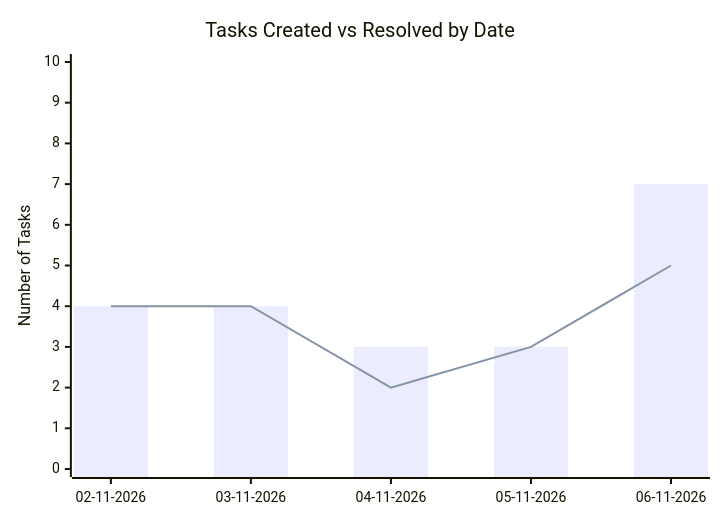
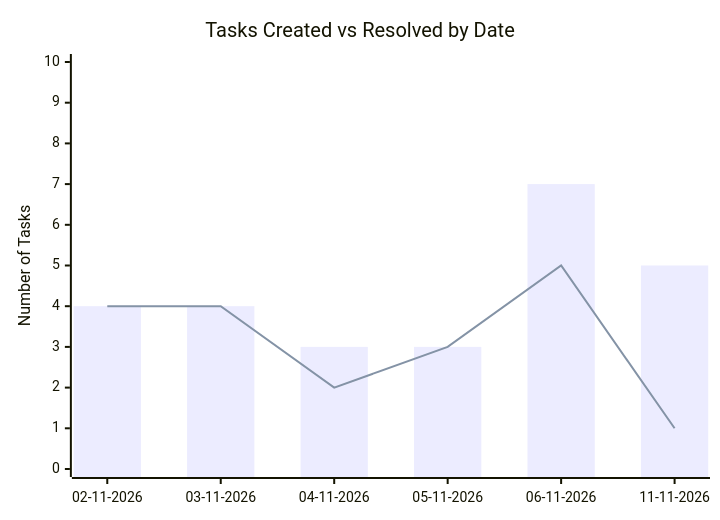
Before and after one commit to sagarms97/MyWorkDairy: the second of 2 diagrams in Sanchay/Analytics.md, drawn with Mermaid. The commit also changed other lines of this file and 6 other files, not shown here.

````diff
--- a/Sanchay/Analytics.md
+++ b/Sanchay/Analytics.md
@@ -28,8 +29,8 @@
 ```mermaid
 xychart-beta
     title "Tasks Created vs Resolved by Date"
-    x-axis ["02-11-2026", "03-11-2026", "04-11-2026", "05-11-2026", "06-11-2026"]
+    x-axis ["02-11-2026", "03-11-2026", "04-11-2026", "05-11-2026", "06-11-2026", "11-11-2026"]
     y-axis "Number of Tasks" 0 --> 10
-    bar [4, 4, 3, 3, 7]
-    line [4, 4, 2, 3, 5]
+    bar [4, 4, 3, 3, 7, 5]
+    line [4, 4, 2, 3, 5, 1]
 ```
````
